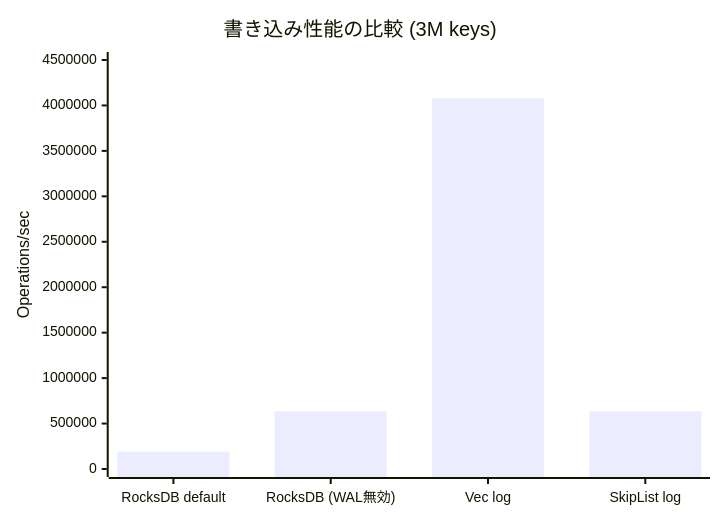
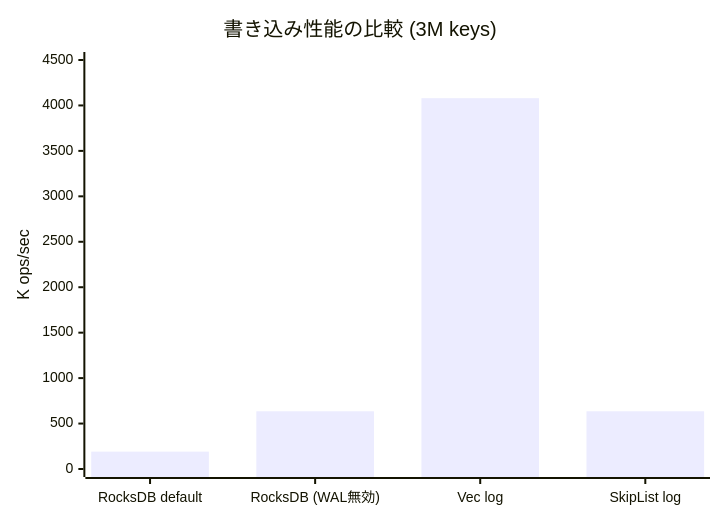
Before and after one commit to hmarui66/hmarui66.github.io: the diagram in src/content/posts/exploring-lsm-tree-write-performance.md, drawn with Mermaid.

Commit message:
exploring-lsm-tree-write-performance.md の更新

````diff
--- a/src/content/posts/exploring-lsm-tree-write-performance.md
+++ b/src/content/posts/exploring-lsm-tree-write-performance.md
@@ -382,7 +382,7 @@
 ```mermaid
 xychart-beta
     title "書き込み性能の比較 (3M keys)"
     x-axis ["RocksDB default", "RocksDB (WAL無効)", "Vec log", "SkipList log"]
-    y-axis "Operations/sec" 0 --> 4500000
-    bar [190596, 635158, 4079638, 635000]
+    y-axis "K ops/sec" 0 --> 4500
+    bar [191, 635, 4080, 635]
 ```
````
